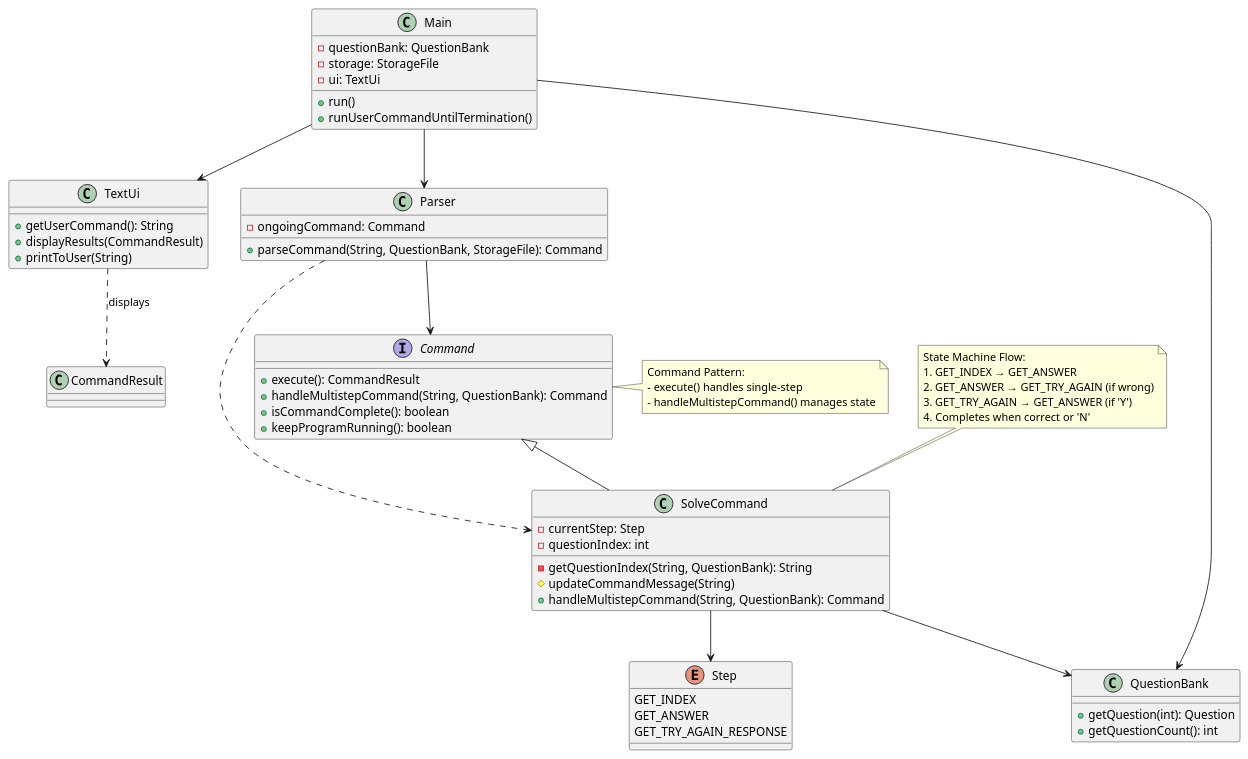
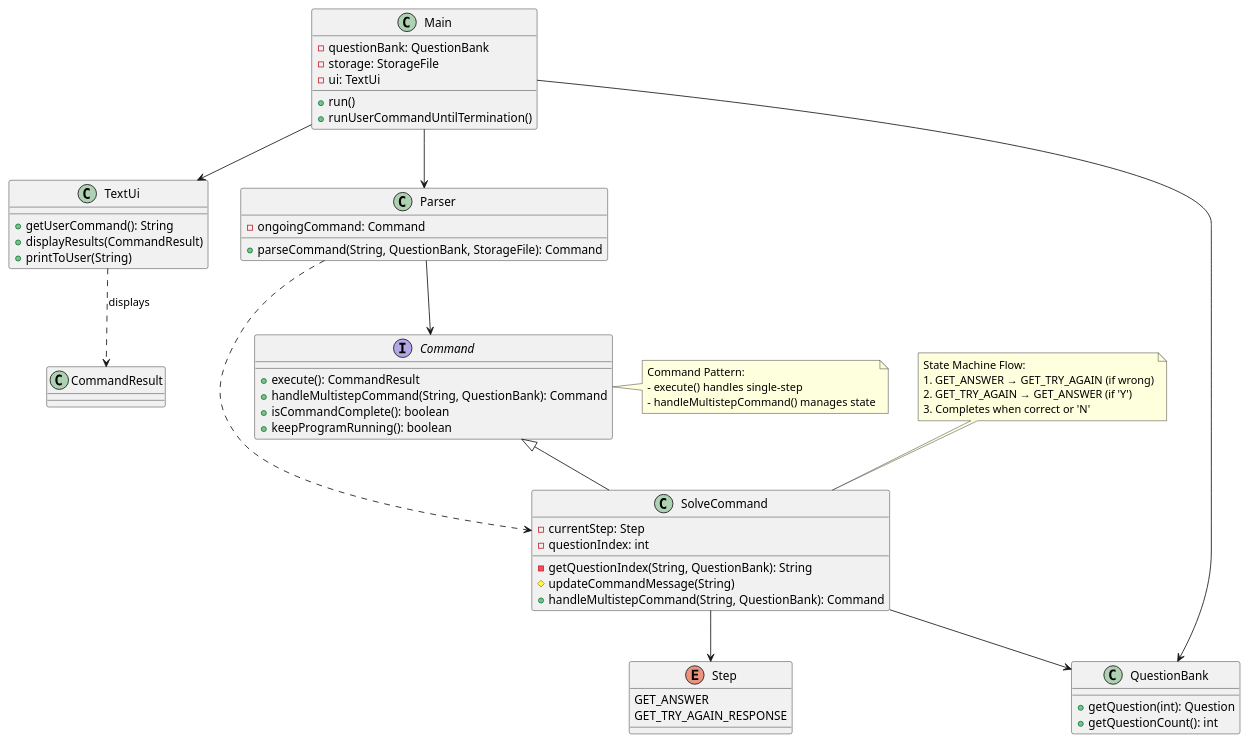
The diagram in docs/diagrams/class/CommandHandling.puml (tongkiankiat/tp), drawn with PlantUML before and after one commit. The commit also changed 3 other files, not shown here.

```diff
--- a/docs/diagrams/class/CommandHandling.puml
+++ b/docs/diagrams/class/CommandHandling.puml
@@ -1,80 +1,78 @@
 @startuml
 ' Main Classes
 class Main {
   - questionBank: QuestionBank
   - storage: StorageFile
   - ui: TextUi
   + run()
   + runUserCommandUntilTermination()
 }
 
 class TextUi {
   + getUserCommand(): String
   + displayResults(CommandResult)
   + printToUser(String)
 }
 
 class Parser {
   - ongoingCommand: Command
   + parseCommand(String, QuestionBank, StorageFile): Command
 }
 
 ' Command Hierarchy
 interface Command {
   + execute(): CommandResult
   + handleMultistepCommand(String, QuestionBank): Command
   + isCommandComplete(): boolean
   + keepProgramRunning(): boolean
 }
 
 class SolveCommand {
   - currentStep: Step
   - questionIndex: int
   - getQuestionIndex(String, QuestionBank): String
   # updateCommandMessage(String)
   + handleMultistepCommand(String, QuestionBank): Command
 }
 
 ' Enums
 enum Step {
-  GET_INDEX
   GET_ANSWER
   GET_TRY_AGAIN_RESPONSE
 }
 
 ' Data Classes
 class QuestionBank {
   + getQuestion(int): Question
   + getQuestionCount(): int
 }
 
 ' Relationships
 Main --> TextUi
 Main --> Parser
 Main --> QuestionBank
 
 Parser --> Command
 Parser ..> SolveCommand
 
 Command <|-- SolveCommand
 
 SolveCommand --> Step
 SolveCommand --> QuestionBank
 
 TextUi ..> CommandResult : displays
 
 ' Notes
 note top of SolveCommand
   State Machine Flow:
-  1. GET_INDEX → GET_ANSWER
-  2. GET_ANSWER → GET_TRY_AGAIN (if wrong)
-  3. GET_TRY_AGAIN → GET_ANSWER (if 'Y')
-  4. Completes when correct or 'N'
+  1. GET_ANSWER → GET_TRY_AGAIN (if wrong)
+  2. GET_TRY_AGAIN → GET_ANSWER (if 'Y')
+  3. Completes when correct or 'N'
 end note
 
 note right of Command
   Command Pattern:
   - execute() handles single-step
   - handleMultistepCommand() manages state
 end note
 @enduml
```
